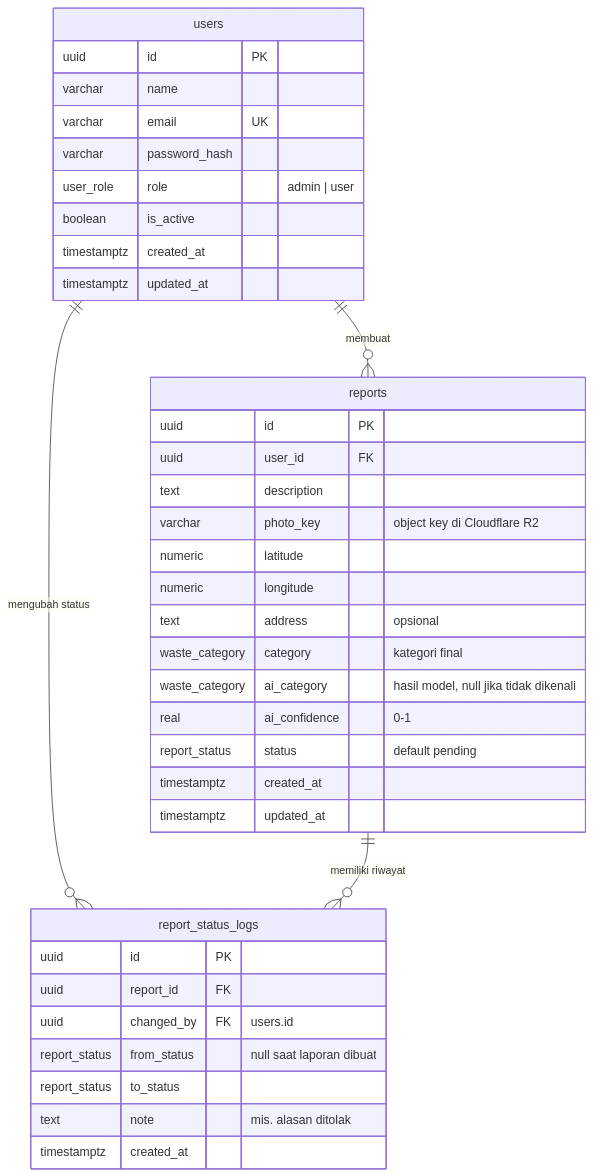
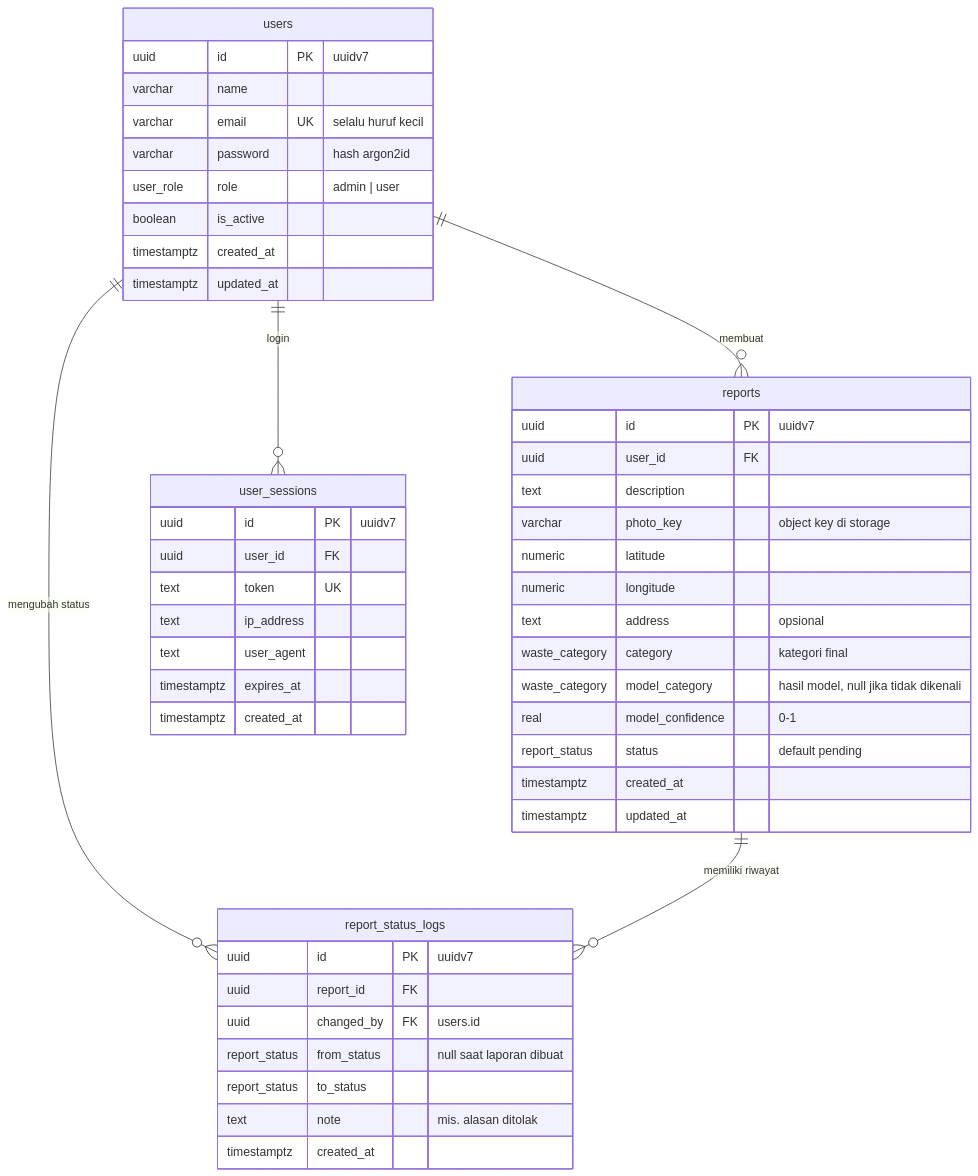
Before and after one commit to azuka13579/smart-waste: the diagram in docs/erd/README.md, drawn with Mermaid. The commit also changed other lines of this file and 2 other files, not shown here.

````diff
--- a/docs/erd/README.md
+++ b/docs/erd/README.md
@@ -5,43 +5,54 @@
 ```mermaid
 erDiagram
     users ||--o{ reports : "membuat"
     users ||--o{ report_status_logs : "mengubah status"
+    users ||--o{ user_sessions : "login"
     reports ||--o{ report_status_logs : "memiliki riwayat"
 
     users {
-        uuid id PK
+        uuid id PK "uuidv7"
         varchar name
-        varchar email UK
-        varchar password_hash
+        varchar email UK "selalu huruf kecil"
+        varchar password "hash argon2id"
         user_role role "admin | user"
         boolean is_active
         timestamptz created_at
         timestamptz updated_at
     }
 
+    user_sessions {
+        uuid id PK "uuidv7"
+        uuid user_id FK
+        text token UK
+        text ip_address
+        text user_agent
+        timestamptz expires_at
+        timestamptz created_at
+    }
+
     reports {
-        uuid id PK
+        uuid id PK "uuidv7"
         uuid user_id FK
         text description
-        varchar photo_key "object key di Cloudflare R2"
+        varchar photo_key "object key di storage"
         numeric latitude
         numeric longitude
         text address "opsional"
         waste_category category "kategori final"
-        waste_category ai_category "hasil model, null jika tidak dikenali"
-        real ai_confidence "0-1"
+        waste_category model_category "hasil model, null jika tidak dikenali"
+        real model_confidence "0-1"
         report_status status "default pending"
         timestamptz created_at
         timestamptz updated_at
     }
 
     report_status_logs {
-        uuid id PK
+        uuid id PK "uuidv7"
         uuid report_id FK
         uuid changed_by FK "users.id"
         report_status from_status "null saat laporan dibuat"
         report_status to_status
         text note "mis. alasan ditolak"
         timestamptz created_at
     }
 ```
````
